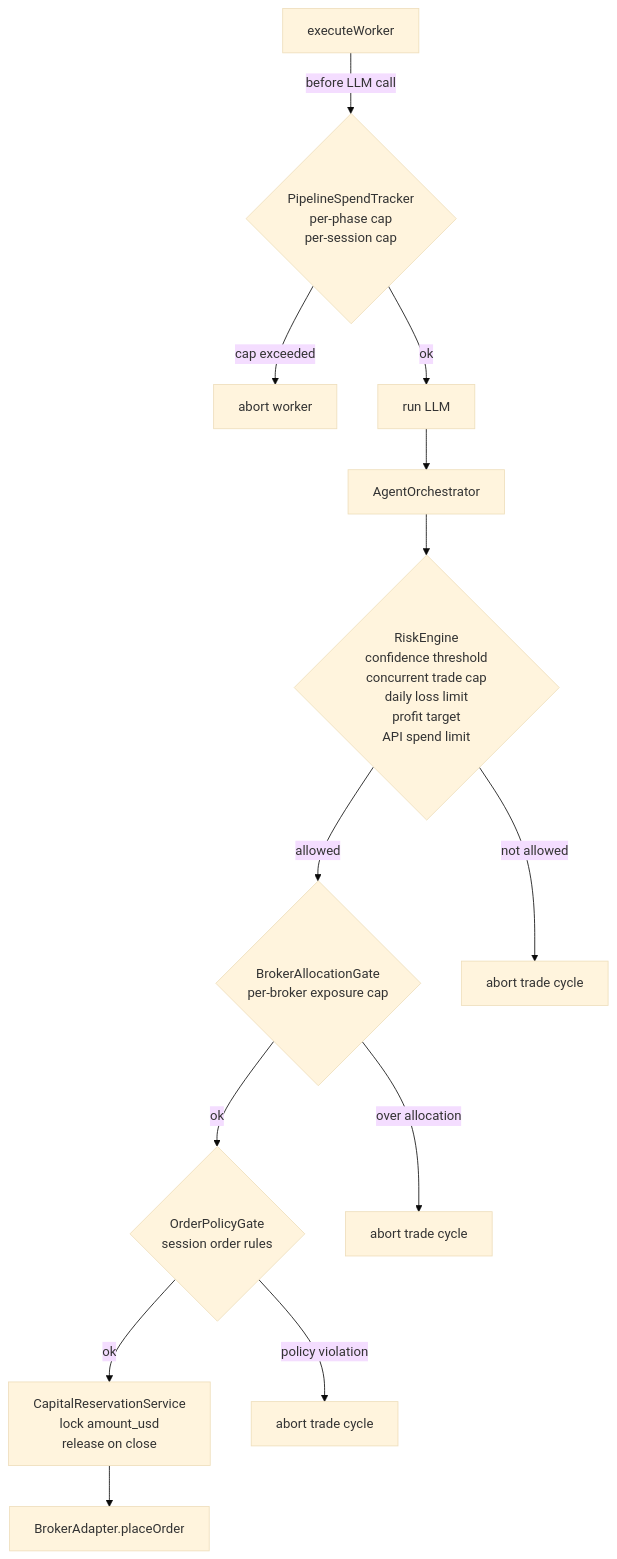
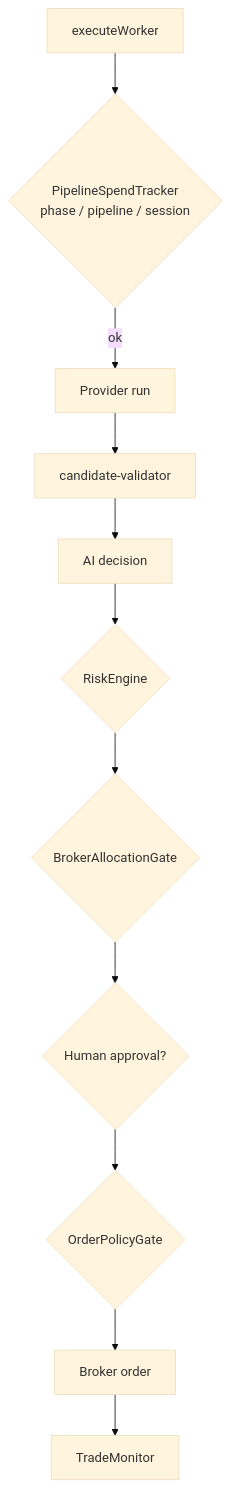
One commit to KennethAtchon/Exva changed diagram 13 of 16 in docs/architecture/ai-runtime.md. Above: the diagram before and after it, drawn with Mermaid (base theme). The commit also changed other lines of this file and 42 other files, not shown here.

````diff
--- a/docs/architecture/ai-runtime.md
+++ b/docs/architecture/ai-runtime.md
@@ -635,23 +515,13 @@
 ```mermaid
 graph TD
-    WE["executeWorker"]
-    PST{"PipelineSpendTracker\nper-phase cap\nper-session cap"}
-    RE{"RiskEngine\nconfidence threshold\nconcurrent trade cap\ndaily loss limit\nprofit target\nAPI spend limit"}
-    BAG{"BrokerAllocationGate\nper-broker exposure cap"}
-    OPG{"OrderPolicyGate\nsession order rules"}
-    CR["CapitalReservationService\nlock amount_usd\nrelease on close"]
-    ORDER["BrokerAdapter.placeOrder"]
-
-    WE -->|before LLM call| PST
-    PST -->|cap exceeded| SKIP1["abort worker"]
-    PST -->|ok| WE2["run LLM"]
-    WE2 --> AO["AgentOrchestrator"]
-    AO --> RE
-    RE -->|not allowed| SKIP2["abort trade cycle"]
-    RE -->|allowed| BAG
-    BAG -->|over allocation| SKIP3["abort trade cycle"]
-    BAG -->|ok| OPG
-    OPG -->|policy violation| SKIP4["abort trade cycle"]
-    OPG -->|ok| CR
-    CR --> ORDER
+    Worker["executeWorker"] --> Spend{"PipelineSpendTracker\nphase / pipeline / session"}
+    Spend -->|ok| AI["Provider run"]
+    AI --> Candidate["candidate-validator"]
+    Candidate --> Decision["AI decision"]
+    Decision --> Risk{"RiskEngine"}
+    Risk --> Allocation{"BrokerAllocationGate"}
+    Allocation --> Approval{"Human approval?"}
+    Approval --> Policy{"OrderPolicyGate"}
+    Policy --> Order["Broker order"]
+    Order --> Monitor["TradeMonitor"]
 ```
````
